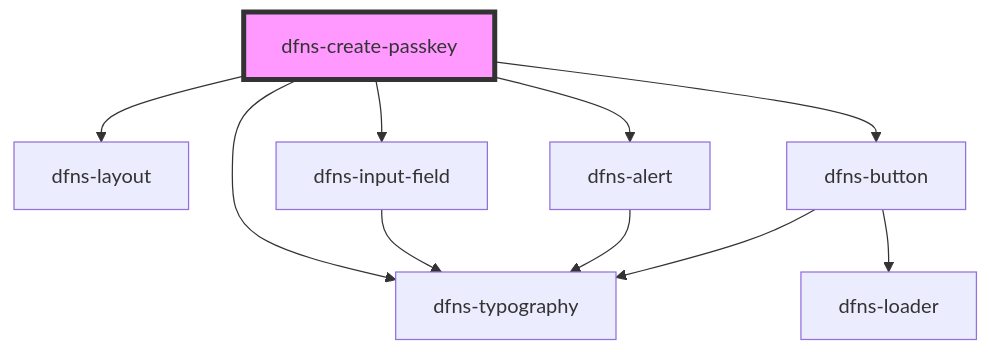
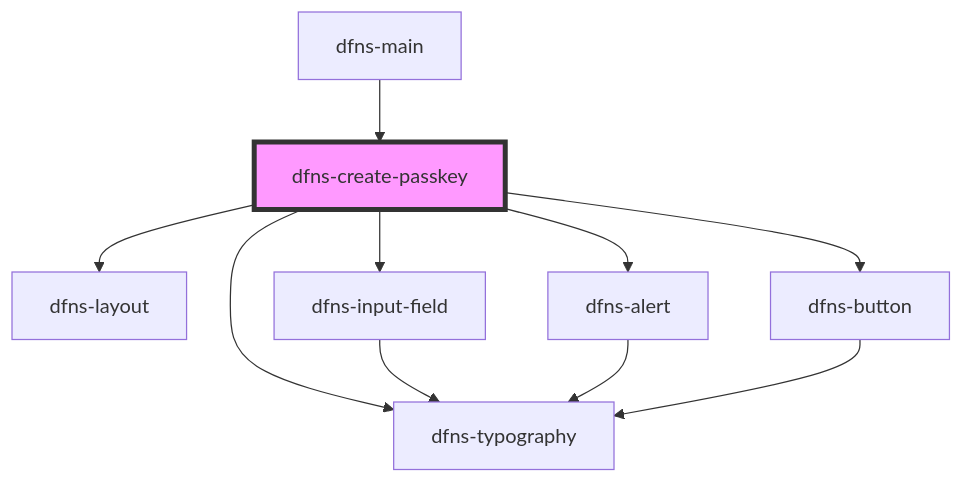
One commit to dfnsext/web-ui changed the diagram in src/components/Pages/dfns-create-passkey/readme.md. Above: the diagram before and after it, drawn with Mermaid. The commit also changed other lines of this file and 23 other files, not shown here.

````diff
--- a/src/components/Pages/dfns-create-passkey/readme.md
+++ b/src/components/Pages/dfns-create-passkey/readme.md
@@ -38,13 +37,13 @@
 ```mermaid
 graph TD;
   dfns-create-passkey --> dfns-layout
   dfns-create-passkey --> dfns-typography
   dfns-create-passkey --> dfns-input-field
   dfns-create-passkey --> dfns-alert
   dfns-create-passkey --> dfns-button
   dfns-input-field --> dfns-typography
   dfns-alert --> dfns-typography
   dfns-button --> dfns-typography
-  dfns-button --> dfns-loader
+  dfns-main --> dfns-create-passkey
   style dfns-create-passkey fill:#f9f,stroke:#333,stroke-width:4px
 ```
````
